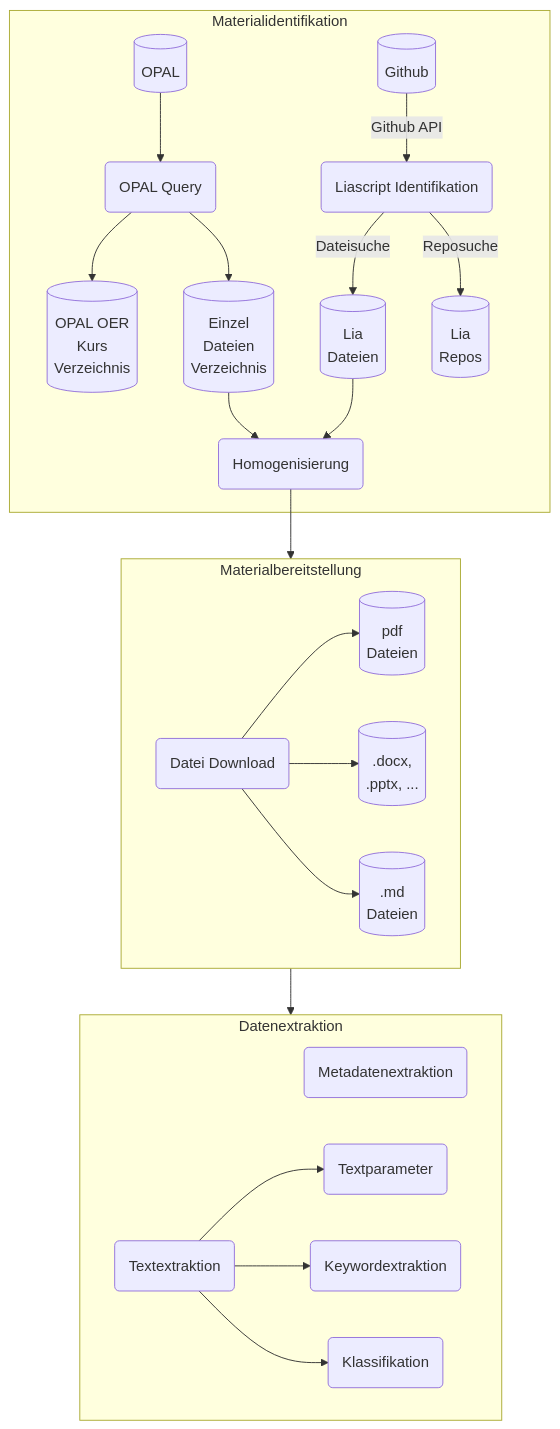
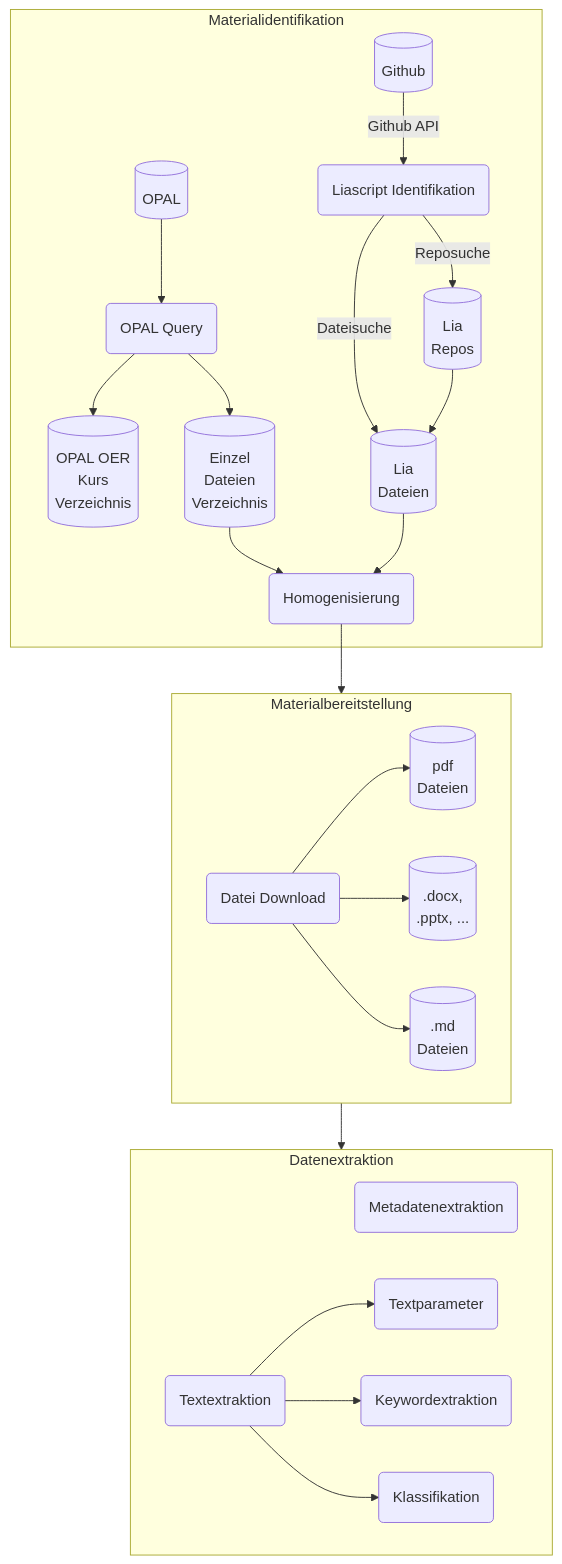
The diagram in profile/README.md (TUBAF-IFI-ConnectedLecturer/.github), drawn with Mermaid before and after one commit.

````diff
--- a/profile/README.md
+++ b/profile/README.md
@@ -5,35 +5,36 @@
 ```mermaid
 flowchart TD
 
     classDef someclass fill:#f96
     
     subgraph Materialidentifikation
     OPAL[(OPAL)] --> OPAL_QUERY(OPAL Query)
     OPAL_QUERY --> OPAL_REPOS[(OPAL OER\nKurs\nVerzeichnis)]
     OPAL_QUERY --> OPAL_FILES[(Einzel\nDateien\nVerzeichnis)]
     GITHUB[(Github)] --> |Github API| LIA_IDENT(Liascript Identifikation)
     LIA_IDENT --> |Dateisuche| LIA_FILES[(Lia\nDateien)]
+    LIA_REPOS --> LIA_FILES
     LIA_IDENT --> |Reposuche| LIA_REPOS[(Lia\nRepos)]
     LIA_FILES --> DB_HOMOGENISIERUNG(Homogenisierung)
     OPAL_FILES--> DB_HOMOGENISIERUNG 
     end
 
     subgraph Materialbereitstellung
     FILE_DOWNLOAD(Datei Download)
     FILE_DOWNLOAD --> PDFS[(pdf\n Dateien)]
     FILE_DOWNLOAD --> OFFICE[(.docx,\n.pptx, ...)]
     FILE_DOWNLOAD --> MD[(.md\n Dateien)]
     end
 
     subgraph Datenextraktion
     METADATENEXTRAKTION(Metadatenextraktion)
    
     TEXTEXTRAKTION(Textextraktion)
     TEXTEXTRAKTION --> TEXTPARAMETER(Textparameter)
     TEXTEXTRAKTION --> KEYWORDEXTRAKTION(Keywordextraktion)
     TEXTEXTRAKTION --> KLASSIFIKATION(Klassifikation)
     end
 
     DB_HOMOGENISIERUNG -->  Materialbereitstellung
     Materialbereitstellung --> Datenextraktion
 ```
````
